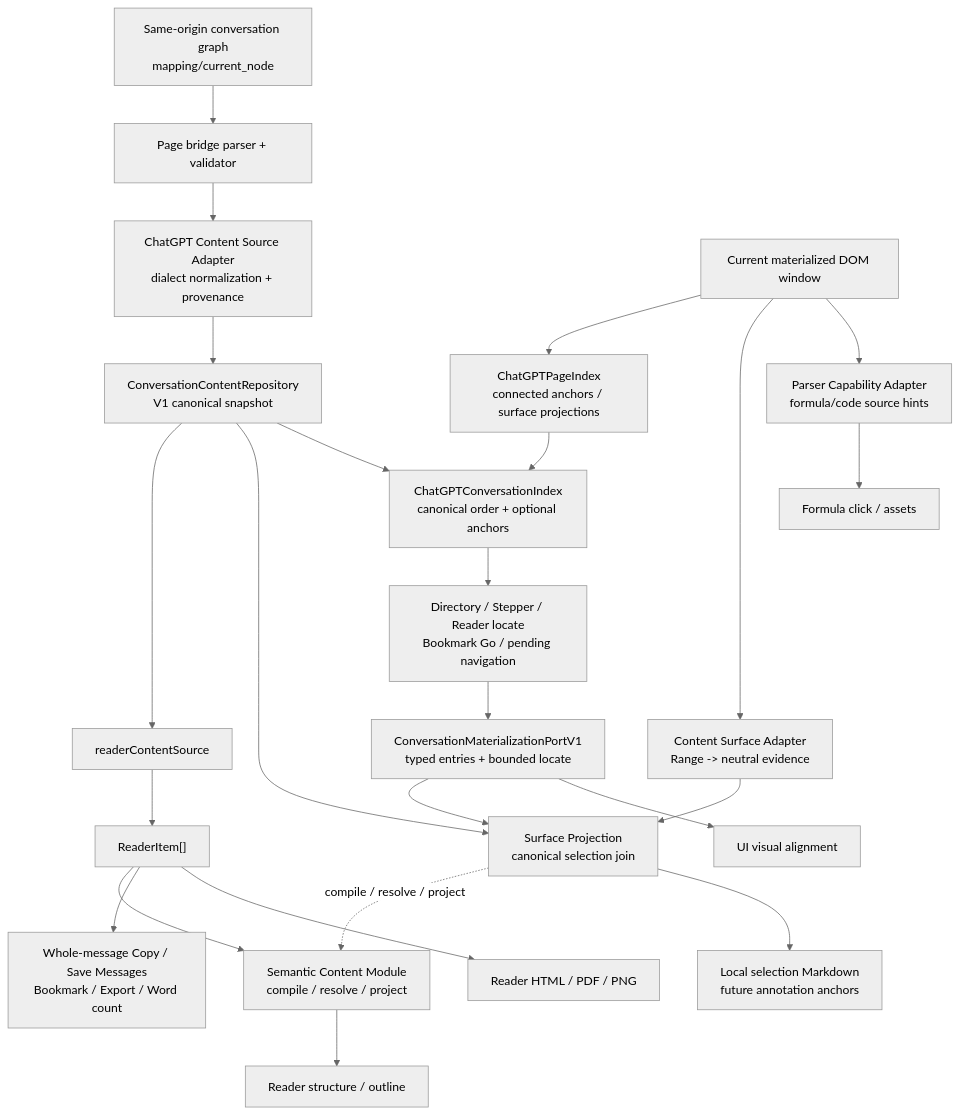
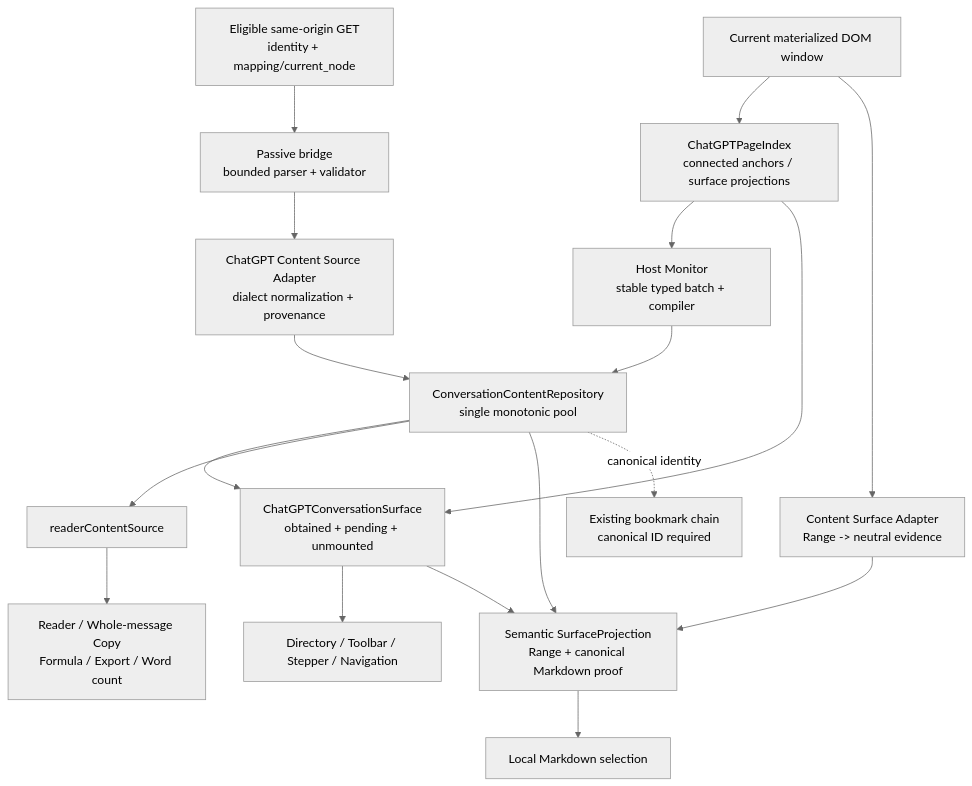
Before and after one commit to zhaoliangbin42/AI-MarkDone: the diagram in docs/architecture/CURRENT_STATE.md, drawn with Mermaid (neutral theme). The commit also changed other lines of this file and 81 other files, not shown here.

````diff
--- a/docs/architecture/CURRENT_STATE.md
+++ b/docs/architecture/CURRENT_STATE.md
@@ -172,47 +183,35 @@
 ```mermaid
 flowchart TD
-    Graph["Same-origin conversation graph<br/>mapping/current_node"]
-    Bridge["Page bridge parser + validator"]
+    Graph["Eligible same-origin GET<br/>identity + mapping/current_node"]
+    Bridge["Passive bridge<br/>bounded parser + validator"]
     Adapter["ChatGPT Content Source Adapter<br/>dialect normalization + provenance"]
-    Repository["ConversationContentRepository<br/>V1 canonical snapshot"]
-    Semantic["Semantic Content Module<br/>compile / resolve / project"]
-    ReaderSource["readerContentSource"]
-    ReaderItems["ReaderItem[]"]
-    BodyConsumers["Whole-message Copy / Save Messages<br/>Bookmark / Export / Word count"]
-    StructureConsumers["Reader structure / outline"]
-    RenderConsumers["Reader HTML / PDF / PNG"]
+    HostMonitor["Host Monitor<br/>stable typed batch + compiler"]
+    Repository["ConversationContentRepository<br/>single monotonic pool"]
     DOM["Current materialized DOM window"]
     PageIndex["ChatGPTPageIndex<br/>connected anchors / surface projections"]
+    ConversationSurface["ChatGPTConversationSurface<br/>obtained + pending + unmounted"]
+    SurfaceConsumers["Directory / Toolbar / Stepper / Navigation"]
+    ReaderSource["readerContentSource"]
+    BodyConsumers["Reader / Whole-message Copy<br/>Formula / Export / Word count"]
     SurfaceAdapter["Content Surface Adapter<br/>Range -> neutral evidence"]
-    SurfaceProjection["Surface Projection<br/>canonical selection join"]
-    ParserAdapter["Parser Capability Adapter<br/>formula/code source hints"]
-    FormulaConsumers["Formula click / assets"]
-    SelectionConsumers["Local selection Markdown<br/>future annotation anchors"]
-    ConversationIndex["ChatGPTConversationIndex<br/>canonical order + optional anchors"]
-    NavigationConsumers["Directory / Stepper / Reader locate<br/>Bookmark Go / pending navigation"]
-    Materialization["ConversationMaterializationPortV1<br/>typed entries + bounded locate"]
-    Alignment["UI visual alignment"]
+    SurfaceProjection["Semantic SurfaceProjection<br/>Range + canonical Markdown proof"]
+    SelectionConsumers["Local Markdown selection"]
+    Bookmark["Existing bookmark chain<br/>canonical ID required"]
 
     Graph --> Bridge
     Bridge --> Adapter
     Adapter --> Repository
-    Repository --> ReaderSource
-    ReaderSource --> ReaderItems
-    ReaderItems --> Semantic
-    Semantic --> StructureConsumers
-    ReaderItems --> BodyConsumers
-    ReaderItems --> RenderConsumers
     DOM --> PageIndex
+    PageIndex --> HostMonitor
+    HostMonitor --> Repository
+    Repository --> ConversationSurface
+    PageIndex --> ConversationSurface
+    ConversationSurface --> SurfaceConsumers
+    Repository --> ReaderSource --> BodyConsumers
     DOM --> SurfaceAdapter
     SurfaceAdapter --> SurfaceProjection
     Repository --> SurfaceProjection
-    Materialization --> SurfaceProjection
-    SurfaceProjection -. "compile / resolve / project" .-> Semantic
+    ConversationSurface --> SurfaceProjection
     SurfaceProjection --> SelectionConsumers
-    DOM --> ParserAdapter --> FormulaConsumers
-    Repository --> ConversationIndex
-    PageIndex --> ConversationIndex
-    ConversationIndex --> NavigationConsumers
-    NavigationConsumers --> Materialization
-    Materialization --> Alignment
+    Repository -. "canonical identity" .-> Bookmark
 ```
````
